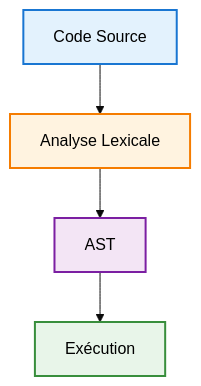
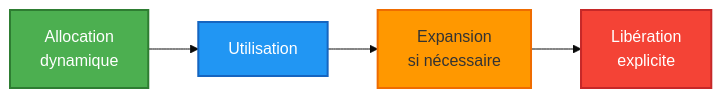
One commit to Yahia995/galant-compiler changed the tenth of 13 diagrams in ARCHITECTURE.md. Above: the diagram before and after it, drawn with Mermaid (base theme). The commit also changed other lines of this file, not shown here.

````diff
--- a/ARCHITECTURE.md
+++ b/ARCHITECTURE.md
@@ -980,11 +763,11 @@
 ```mermaid
-graph TD
-    A["Code Source"] --> B["Analyse Lexicale"]
-    B --> C["AST"]
-    C --> D["Exécution"]
+graph LR
+    A[Allocation<br/>dynamique] --> B[Utilisation]
+    B --> C[Expansion<br/>si nécessaire]
+    C --> D[Libération<br/>explicite]
     
-    style A fill:#e3f2fd,stroke:#1976d2,stroke-width:2px,color:#000000
-    style B fill:#fff3e0,stroke:#f57c00,stroke-width:2px,color:#000000
-    style C fill:#f3e5f5,stroke:#7b1fa2,stroke-width:2px,color:#000000
-    style D fill:#e8f5e9,stroke:#388e3c,stroke-width:2px,color:#000000
+    style A fill:#4caf50,stroke:#2e7d32,stroke-width:2px,color:#fff
+    style B fill:#2196f3,stroke:#1565c0,stroke-width:2px,color:#fff
+    style C fill:#ff9800,stroke:#ef6c00,stroke-width:2px
+    style D fill:#f44336,stroke:#c62828,stroke-width:2px,color:#fff
 ```
````
